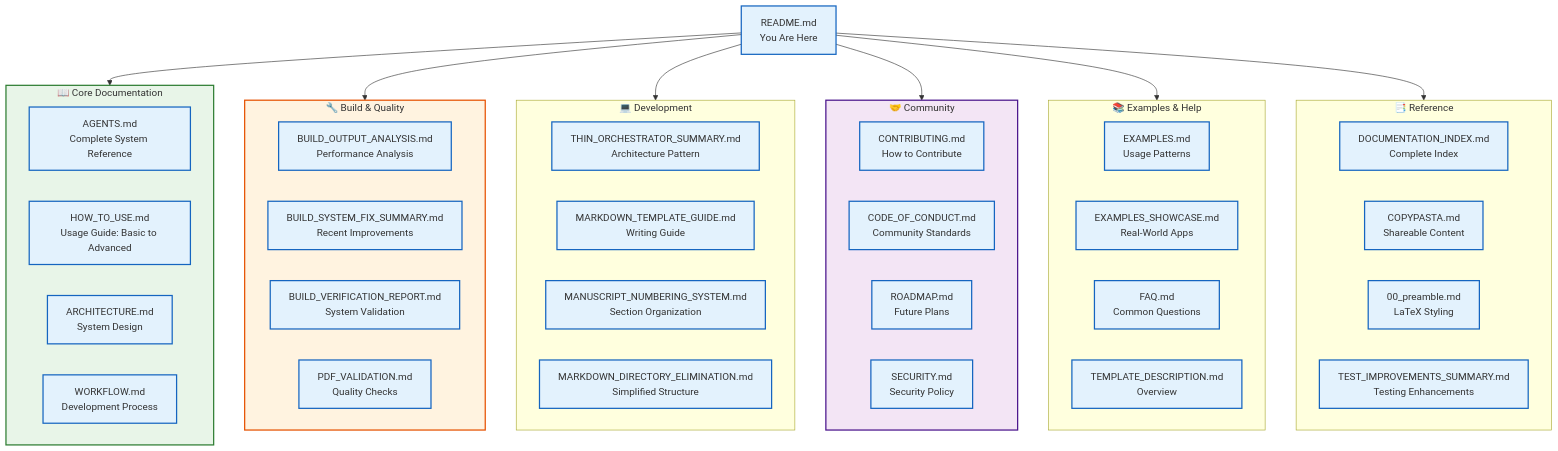
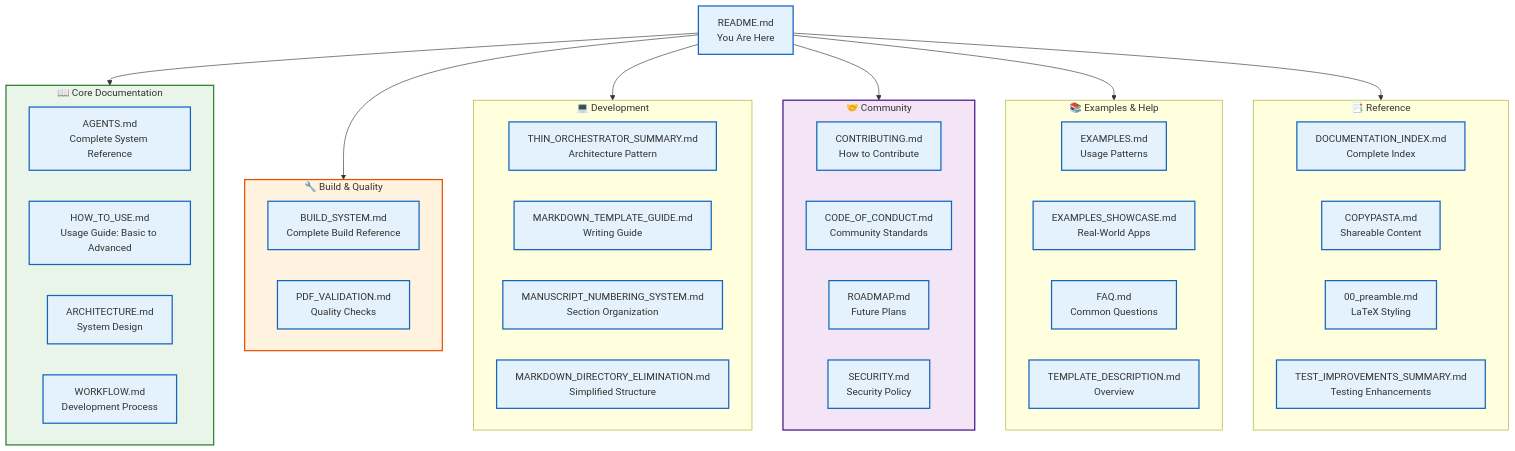
Before and after one commit to docxology/template: the first of 6 diagrams in README.md, drawn with Mermaid. The commit also changed other lines of this file and 45 other files, not shown here.

````diff
--- a/README.md
+++ b/README.md
@@ -94,62 +94,60 @@
 ```mermaid
 graph TB
     README[README.md<br/>You Are Here]
     
     subgraph Core["📖 Core Documentation"]
         AGENTS[AGENTS.md<br/>Complete System Reference]
         HOW_TO[HOW_TO_USE.md<br/>Usage Guide: Basic to Advanced]
         ARCH[ARCHITECTURE.md<br/>System Design]
         WORKFLOW[WORKFLOW.md<br/>Development Process]
     end
     
     subgraph Build["🔧 Build & Quality"]
-        BUILD_ANAL[BUILD_OUTPUT_ANALYSIS.md<br/>Performance Analysis]
-        BUILD_FIX[BUILD_SYSTEM_FIX_SUMMARY.md<br/>Recent Improvements]
-        BUILD_VER[BUILD_VERIFICATION_REPORT.md<br/>System Validation]
+        BUILD_SYS[BUILD_SYSTEM.md<br/>Complete Build Reference]
         PDF_VAL[PDF_VALIDATION.md<br/>Quality Checks]
     end
     
     subgraph Dev["💻 Development"]
         THIN_ORCH[THIN_ORCHESTRATOR_SUMMARY.md<br/>Architecture Pattern]
         MARKDOWN[MARKDOWN_TEMPLATE_GUIDE.md<br/>Writing Guide]
         MANUSCRIPT[MANUSCRIPT_NUMBERING_SYSTEM.md<br/>Section Organization]
         ELIM[MARKDOWN_DIRECTORY_ELIMINATION.md<br/>Simplified Structure]
     end
     
     subgraph Community["🤝 Community"]
         CONTRIB[CONTRIBUTING.md<br/>How to Contribute]
         COC[CODE_OF_CONDUCT.md<br/>Community Standards]
         ROADMAP[ROADMAP.md<br/>Future Plans]
         SECURITY[SECURITY.md<br/>Security Policy]
     end
     
     subgraph Examples["📚 Examples & Help"]
         EXAMPLES[EXAMPLES.md<br/>Usage Patterns]
         SHOWCASE[EXAMPLES_SHOWCASE.md<br/>Real-World Apps]
         FAQ_DOC[FAQ.md<br/>Common Questions]
         TEMPLATE_DESC[TEMPLATE_DESCRIPTION.md<br/>Overview]
     end
     
     subgraph Reference["📑 Reference"]
         DOC_INDEX[DOCUMENTATION_INDEX.md<br/>Complete Index]
         COPYPASTA[COPYPASTA.md<br/>Shareable Content]
         PREAMBLE[00_preamble.md<br/>LaTeX Styling]
         TEST_IMP[TEST_IMPROVEMENTS_SUMMARY.md<br/>Testing Enhancements]
     end
     
     README --> Core
     README --> Build
     README --> Dev
     README --> Community
     README --> Examples
     README --> Reference
     
     classDef default fill:#e3f2fd,stroke:#1565c0,stroke-width:2px
     classDef core fill:#e8f5e8,stroke:#2e7d32,stroke-width:2px
     classDef build fill:#fff3e0,stroke:#e65100,stroke-width:2px
     classDef community fill:#f3e5f5,stroke:#4a148c,stroke-width:2px
     
     class Core core
     class Build build
     class Community community
 ```
````
